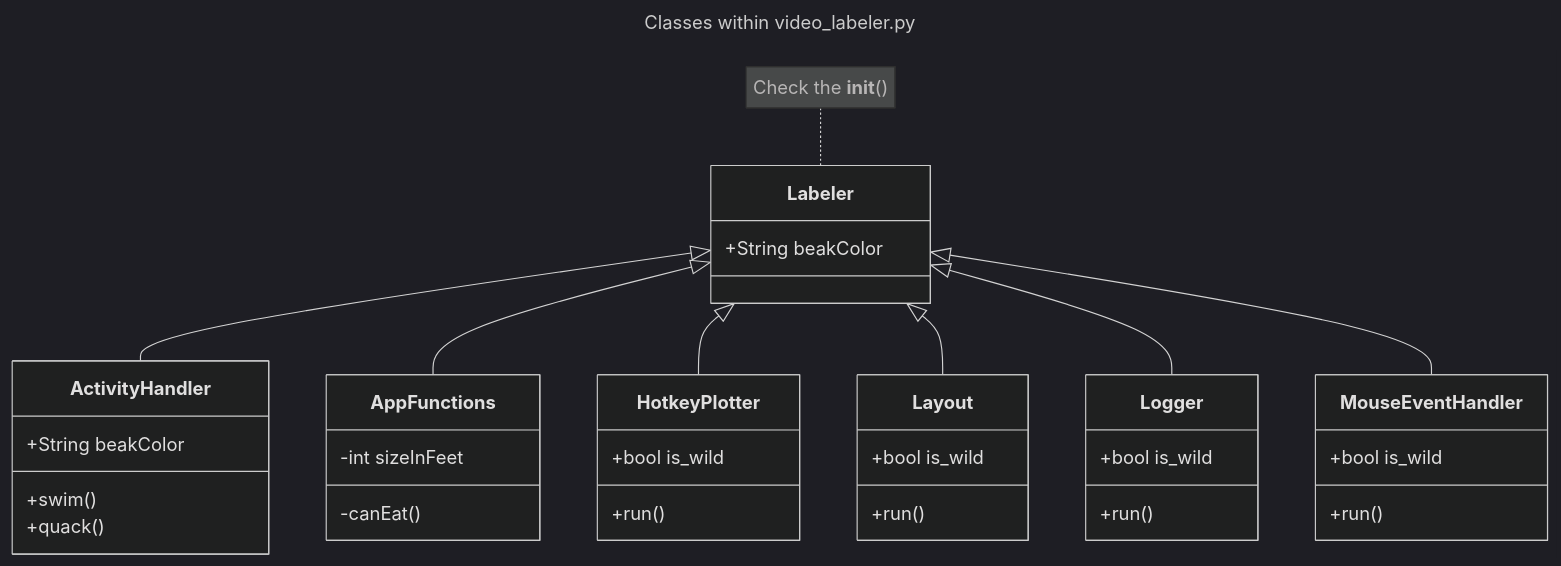
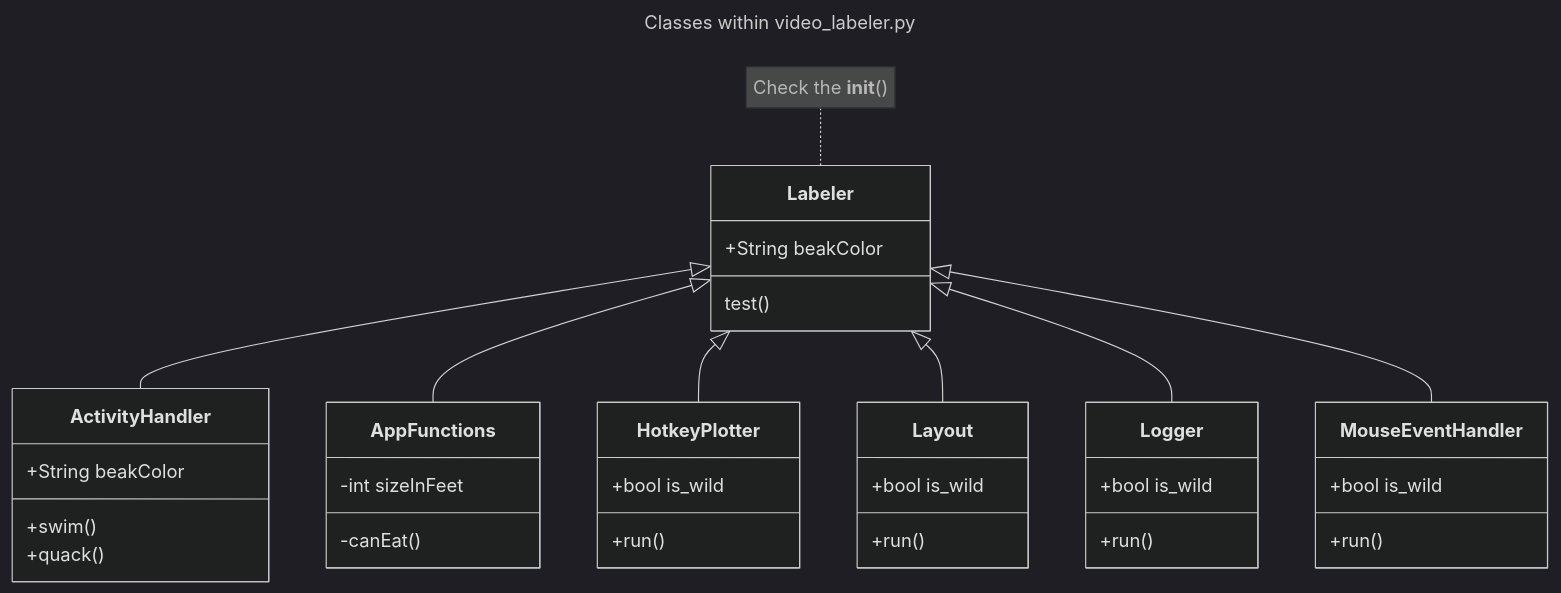
Before and after one commit to VitaliKStud/video-labeler: the diagram in README.md, drawn with Mermaid (dark theme).

Commit message:
test-markdown

````diff
--- a/README.md
+++ b/README.md
@@ -50,39 +50,40 @@
 ```mermaid
 ---
 title: Classes within video_labeler.py
 ---
 classDiagram
     note for Labeler "Check the __init__()"
     Labeler <|-- ActivityHandler
     Labeler <|-- AppFunctions
     Labeler <|-- HotkeyPlotter
     Labeler <|-- Layout
     Labeler <|-- Logger
     Labeler <|-- MouseEventHandler
     Labeler: +String beakColor
+    Labeler : test()
     class ActivityHandler{
         +String beakColor
         +swim()
         +quack()
     }
     class AppFunctions{
         -int sizeInFeet
         -canEat()
     }
     class HotkeyPlotter{
         +bool is_wild
         +run()
     }
     class Layout{
         +bool is_wild
         +run()
     }
     class Logger{
         +bool is_wild
         +run()
     }
     class MouseEventHandler{
         +bool is_wild
         +run()
     }
 ```
````
